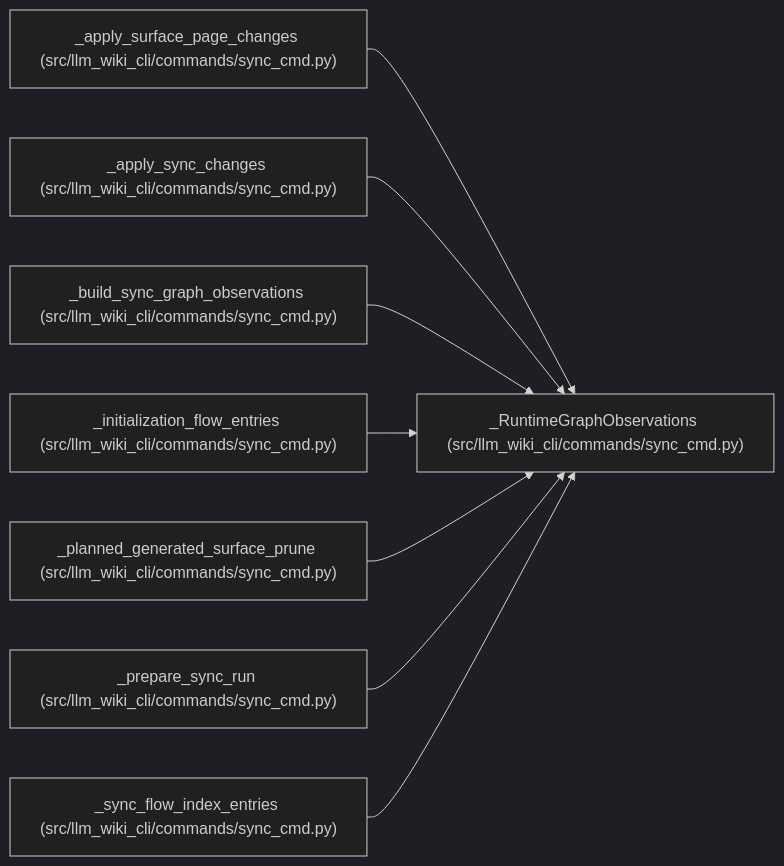
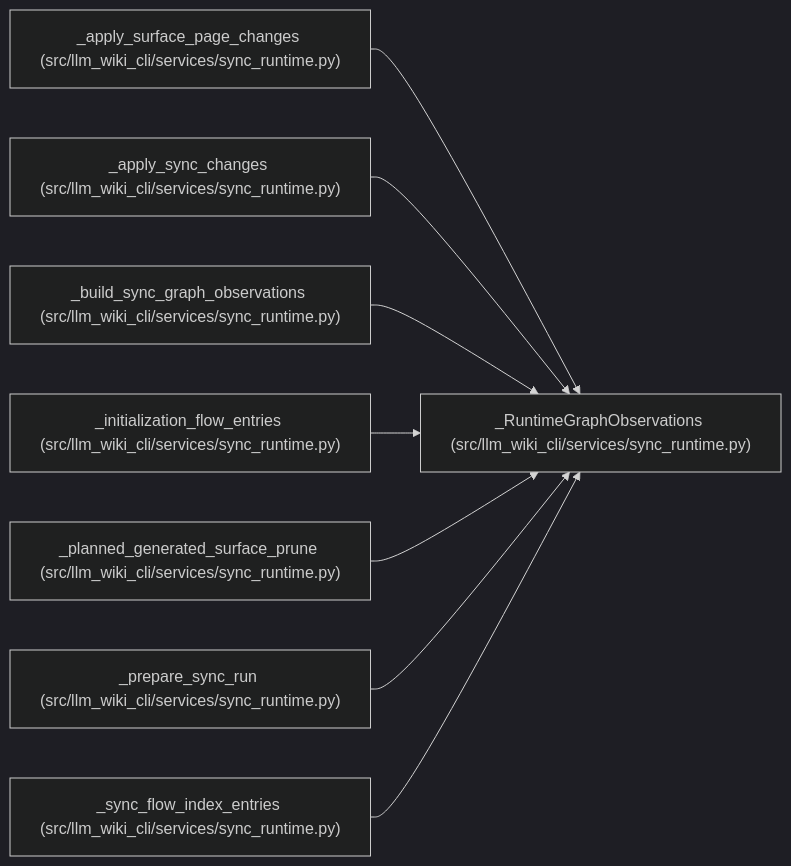
The diagram in docs/llm_wiki/entities/RuntimeGraphObservations.md (Denissvgn/python-wiki-llm), drawn with Mermaid (dark theme) before and after one commit. The commit also changed other lines of this file and 1555 other files, not shown here.

````diff
--- a/docs/llm_wiki/entities/RuntimeGraphObservations.md
+++ b/docs/llm_wiki/entities/RuntimeGraphObservations.md
@@ -38,26 +38,26 @@
 ```mermaid
 flowchart LR
-    n0["_RuntimeGraphObservations (src/llm_wiki_cli/commands/sync_cmd.py)"]
-    n1["_apply_surface_page_changes (src/llm_wiki_cli/commands/sync_cmd.py)"]
-    n2["_apply_sync_changes (src/llm_wiki_cli/commands/sync_cmd.py)"]
-    n3["_build_sync_graph_observations (src/llm_wiki_cli/commands/sync_cmd.py)"]
-    n4["_initialization_flow_entries (src/llm_wiki_cli/commands/sync_cmd.py)"]
-    n5["_planned_generated_surface_prune (src/llm_wiki_cli/commands/sync_cmd.py)"]
-    n6["_prepare_sync_run (src/llm_wiki_cli/commands/sync_cmd.py)"]
-    n7["_sync_flow_index_entries (src/llm_wiki_cli/commands/sync_cmd.py)"]
+    n0["_RuntimeGraphObservations (src/llm_wiki_cli/services/sync_runtime.py)"]
+    n1["_apply_surface_page_changes (src/llm_wiki_cli/services/sync_runtime.py)"]
+    n2["_apply_sync_changes (src/llm_wiki_cli/services/sync_runtime.py)"]
+    n3["_build_sync_graph_observations (src/llm_wiki_cli/services/sync_runtime.py)"]
+    n4["_initialization_flow_entries (src/llm_wiki_cli/services/sync_runtime.py)"]
+    n5["_planned_generated_surface_prune (src/llm_wiki_cli/services/sync_runtime.py)"]
+    n6["_prepare_sync_run (src/llm_wiki_cli/services/sync_runtime.py)"]
+    n7["_sync_flow_index_entries (src/llm_wiki_cli/services/sync_runtime.py)"]
     n1 --> n0
     n2 --> n0
     n3 --> n0
     n4 --> n0
     n5 --> n0
     n6 --> n0
     n7 --> n0
-    click n0 "../modules/sync_cmd.md"
-    click n1 "../modules/sync_cmd.md"
-    click n2 "../modules/sync_cmd.md"
-    click n3 "../modules/sync_cmd.md"
-    click n4 "../modules/sync_cmd.md"
-    click n5 "../modules/sync_cmd.md"
-    click n6 "../modules/sync_cmd.md"
-    click n7 "../modules/sync_cmd.md"
+    click n0 "../modules/sync_runtime.md"
+    click n1 "../modules/sync_runtime.md"
+    click n2 "../modules/sync_runtime.md"
+    click n3 "../modules/sync_runtime.md"
+    click n4 "../modules/sync_runtime.md"
+    click n5 "../modules/sync_runtime.md"
+    click n6 "../modules/sync_runtime.md"
+    click n7 "../modules/sync_runtime.md"
 ```
````
